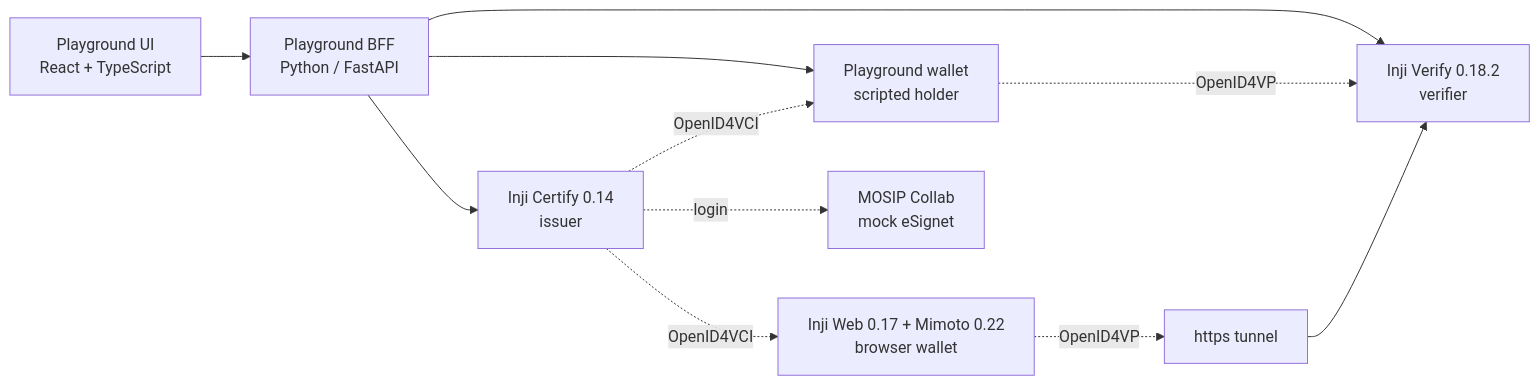
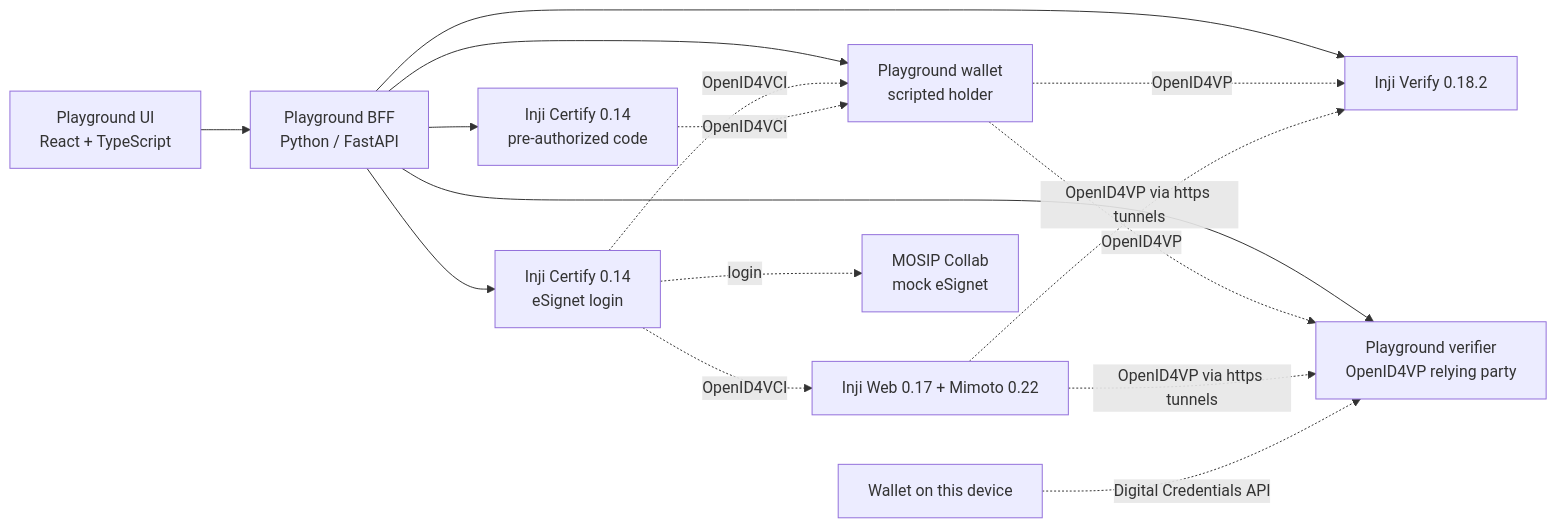
One commit to Mushmat/inji_sandbox changed the diagram in README.md. Above: the diagram before and after it, drawn with Mermaid. The commit also changed other lines of this file and 43 other files, not shown here.

Commit message:
Add Certify's pre-authorized flow, a spec-based Playground verifier with Digital Credentials API support, the test matrix, flow health and tests, and run everything with one command

````diff
--- a/README.md
+++ b/README.md
@@ -14,12 +15,18 @@
 ```mermaid
 flowchart LR
     UI[Playground UI<br/>React + TypeScript] --> BFF[Playground BFF<br/>Python / FastAPI]
-    BFF --> Certify[Inji Certify 0.14<br/>issuer]
-    BFF --> Wallet[Playground wallet<br/>scripted holder]
-    BFF --> Verify[Inji Verify 0.18.2<br/>verifier]
-    Certify -. OpenID4VCI .-> Wallet
-    Certify -. OpenID4VCI .-> InjiWeb[Inji Web 0.17 + Mimoto 0.22<br/>browser wallet]
-    Wallet -. OpenID4VP .-> Verify
-    InjiWeb -. OpenID4VP .-> Tunnel[https tunnel] --> Verify
-    Certify -. login .-> eSignet[MOSIP Collab<br/>mock eSignet]
+    BFF --> CertifyA[Inji Certify 0.14<br/>eSignet login]
+    BFF --> CertifyB[Inji Certify 0.14<br/>pre-authorized code]
+    BFF --> PW[Playground wallet<br/>scripted holder]
+    BFF --> Verify[Inji Verify 0.18.2]
+    BFF --> PV[Playground verifier<br/>OpenID4VP relying party]
+    CertifyA -. OpenID4VCI .-> PW
+    CertifyB -. OpenID4VCI .-> PW
+    CertifyA -. OpenID4VCI .-> InjiWeb[Inji Web 0.17 + Mimoto 0.22]
+    PW -. OpenID4VP .-> Verify
+    PW -. OpenID4VP .-> PV
+    InjiWeb -. OpenID4VP via https tunnels .-> Verify
+    InjiWeb -. OpenID4VP via https tunnels .-> PV
+    Browser[Wallet on this device] -. Digital Credentials API .-> PV
+    CertifyA -. login .-> eSignet[MOSIP Collab<br/>mock eSignet]
 ```
````
